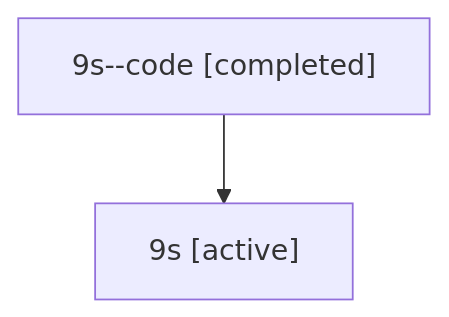
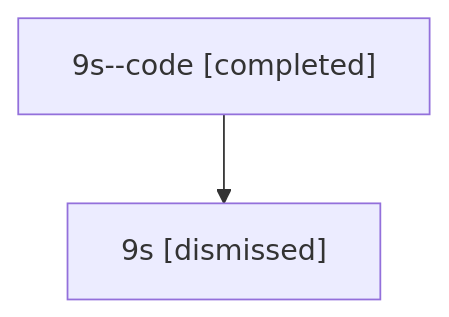
The diagram in sessions/bbugyi200.athena.9s.md (sase-org/sase--agents), drawn with Mermaid before and after one commit. The commit also changed other lines of this file and 13 other files, not shown here.

````diff
--- a/sessions/bbugyi200.athena.9s.md
+++ b/sessions/bbugyi200.athena.9s.md
@@ -9,6 +9,6 @@
 ```mermaid
 flowchart TD
   n0["9s--code [completed]"]
-  n1["9s [active]"]
+  n1["9s [dismissed]"]
   n0 --> n1
 ```
````
